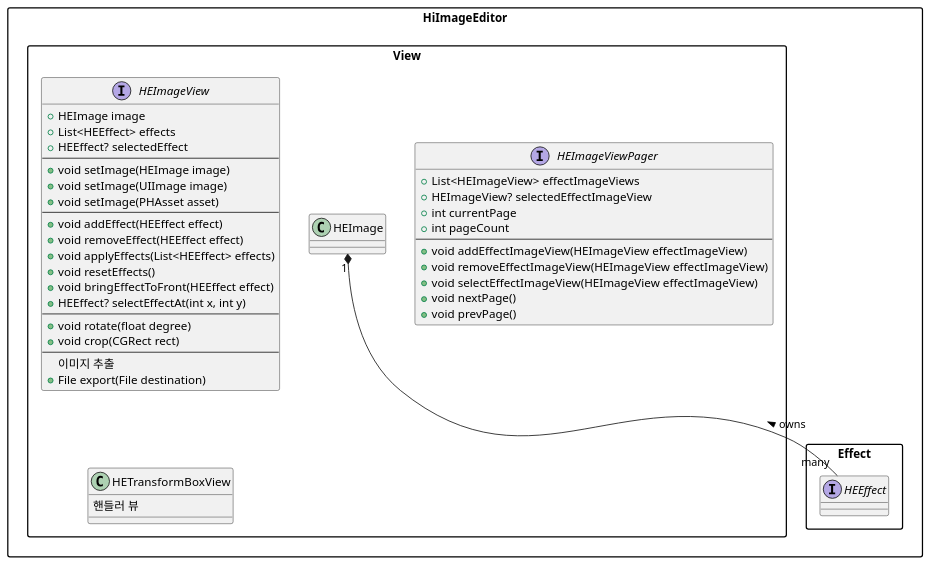
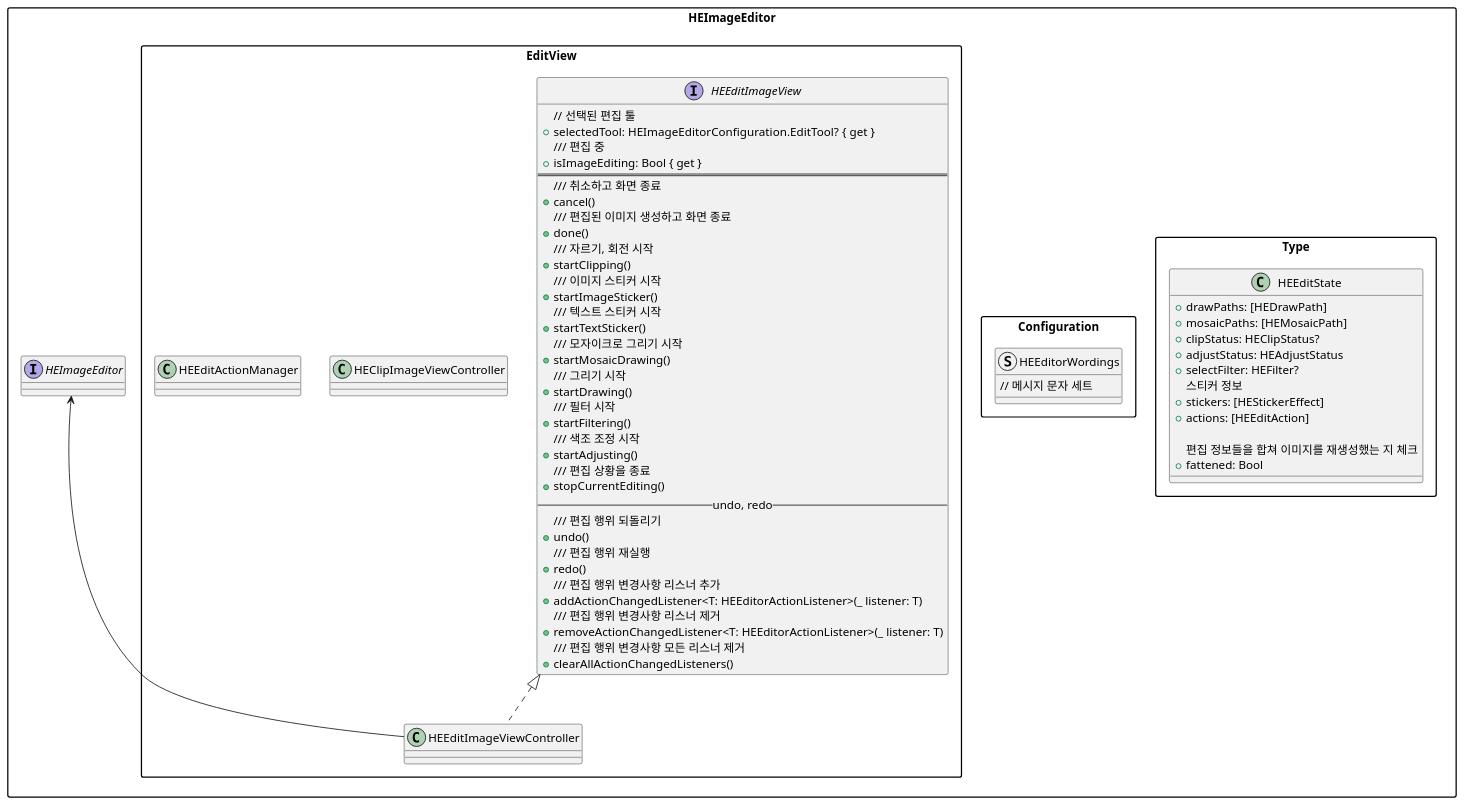
One commit to brownsoo/HEImageEditor changed the diagram in Doc/view.puml. Above: the diagram before and after it, drawn with PlantUML. The commit also changed 30 other files, not shown here.

```diff
--- a/Doc/view.puml
+++ b/Doc/view.puml
@@ -1,58 +1,90 @@
 @startuml HiEffectImage
 
-page 2x2
+page 2x4
 skinparam PageMargin 10
 skinparam PackageStyle rectangle
 
-package "HiImageEditor.Effect" {
-    interface HEEffect {}
+package "HEImageEditor" {
+    interface HEImageEditor {}
+    
+     
 }
 
-package "HiImageEditor.View" {
+package "HEImageEditor.Type" {
+    '  /// 편집 정보
+    class HEEditState {
+        + drawPaths: [HEDrawPath]
+        + mosaicPaths: [HEMosaicPath]
+        + clipStatus: HEClipStatus?
+        + adjustStatus: HEAdjustStatus
+        + selectFilter: HEFilter?
+        스티커 정보
+        + stickers: [HEStickerEffect]
+        + actions: [HEEditAction]
+        
+        편집 정보들을 합쳐 이미지를 재생성했는 지 체크 
+        + fattened: Bool
+    }  
+}
+
+package "HEImageEditor.EditView" {
     
-
-    interface HEImageView {
-        + HEImage image
-        + List<HEEffect> effects
-        + HEEffect? selectedEffect
-        --
-        + void setImage(HEImage image)
-        + void setImage(UIImage image)
-        + void setImage(PHAsset asset)
-        --
-        + void addEffect(HEEffect effect)
-        + void removeEffect(HEEffect effect)
-        + void applyEffects(List<HEEffect> effects)
-        + void resetEffects()
-        + void bringEffectToFront(HEEffect effect)
-        + HEEffect? selectEffectAt(int x, int y)
-        --
-        + void rotate(float degree)
-        + void crop(CGRect rect)
-        --
-        이미지 추출
-        + File export(File destination)
+    interface HEEditImageView {
+        // 선택된 편집 툴
+        + selectedTool: HEImageEditorConfiguration.EditTool? { get }
+        /// 편집 중
+        + isImageEditing: Bool { get }
+        ==
+        /// 취소하고 화면 종료
+        + cancel()
+        /// 편집된 이미지 생성하고 화면 종료
+        + done()
+        /// 자르기, 회전 시작
+        + startClipping()
+        /// 이미지 스티커 시작
+        + startImageSticker()
+        /// 텍스트 스티커 시작
+        + startTextSticker()
+        /// 모자이크로 그리기 시작
+        + startMosaicDrawing()
+        /// 그리기 시작
+        + startDrawing()
+        /// 필터 시작
+        + startFiltering()
+        /// 색조 조정 시작 
+        + startAdjusting()
+        /// 편집 상황을 종료
+        + stopCurrentEditing()
+        -- undo, redo --
+        /// 편집 행위 되돌리기
+        + undo()
+        /// 편집 행위 재실행
+        + redo()
+        /// 편집 행위 변경사항 리스너 추가
+        + addActionChangedListener<T: HEEditorActionListener>(_ listener: T)
+        /// 편집 행위 변경사항 리스너 제거
+        + removeActionChangedListener<T: HEEditorActionListener>(_ listener: T)
+        /// 편집 행위 변경사항 모든 리스너 제거
+        + clearAllActionChangedListeners()
     }
 
-    HEImage "1" *-- "many" HEEffect : < owns
+    class HEEditImageViewController implements HEEditImageView {
+    }
+    
+    class HEClipImageViewController {}
+    
+    class HEEditActionManager {}
+}
 
+HEImageEditor.HEImageEditor <-- HEEditImageViewController
 
-    interface HEImageViewPager {
-        + List<HEImageView> effectImageViews
-        + HEImageView? selectedEffectImageView
-        + int currentPage
-        + int pageCount
-        --
-        + void addEffectImageView(HEImageView effectImageView)
-        + void removeEffectImageView(HEImageView effectImageView)
-        + void selectEffectImageView(HEImageView effectImageView)
-        + void nextPage()
-        + void prevPage()
-    }
-
-    class HETransformBoxView {
-        핸들러 뷰
+package "HEImageEditor.Configuration" {
+    struct HEEditorWordings {
+        // 메시지 문자 세트
+        
     }
 }
 
+
+
 @enduml
```
